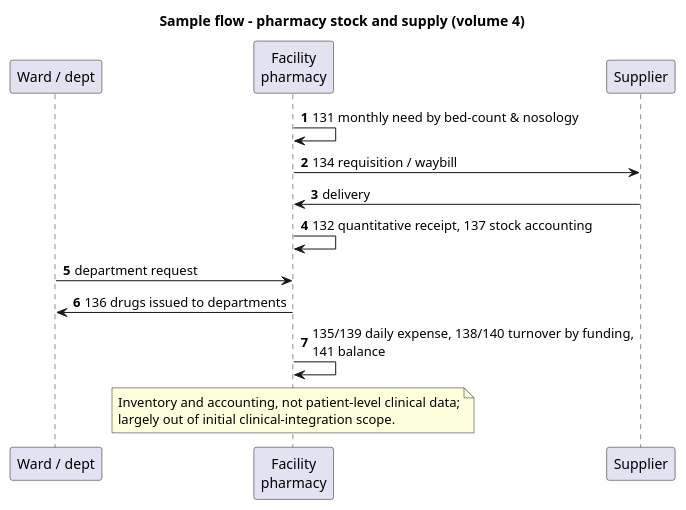
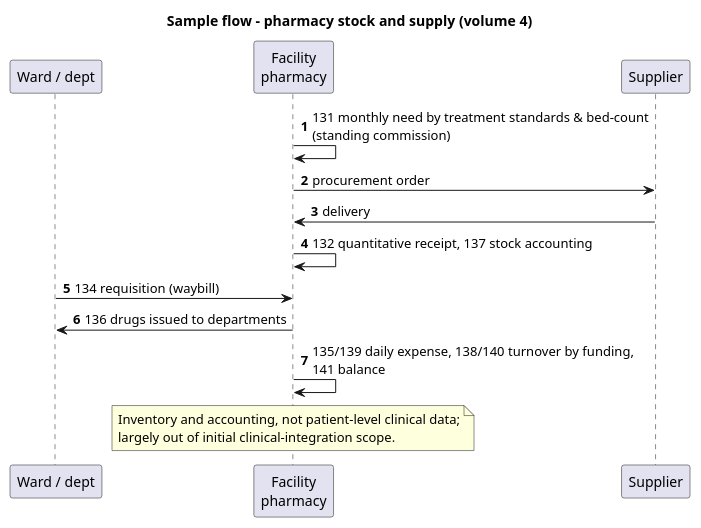
The diagram in input/images-source/forms-vol04-flow.plantuml (uzinfocom-org/digital-health-integration), drawn with PlantUML before and after one commit. The commit also changed 17 other files, not shown here.

First line of the commit message:
Fix diagram/table facts against Order 399 templates and YORIQNOMA

```diff
--- a/input/images-source/forms-vol04-flow.plantuml
+++ b/input/images-source/forms-vol04-flow.plantuml
@@ -1,21 +1,21 @@
 @startuml forms-vol04-flow
 title Sample flow - pharmacy stock and supply (volume 4)
 autonumber
 
 participant "Ward / dept" as W
 participant "Facility\npharmacy" as PH
 participant "Supplier" as SUP
 
-PH -> PH : 131 monthly need by bed-count & nosology
-PH -> SUP : 134 requisition / waybill
+PH -> PH : 131 monthly need by treatment standards & bed-count\n(standing commission)
+PH -> SUP : procurement order
 SUP -> PH : delivery
 PH -> PH : 132 quantitative receipt, 137 stock accounting
-W -> PH : department request
+W -> PH : 134 requisition (waybill)
 PH -> W : 136 drugs issued to departments
 PH -> PH : 135/139 daily expense, 138/140 turnover by funding,\n141 balance
 
 note over PH
   Inventory and accounting, not patient-level clinical data;
   largely out of initial clinical-integration scope.
 end note
 @enduml
```
